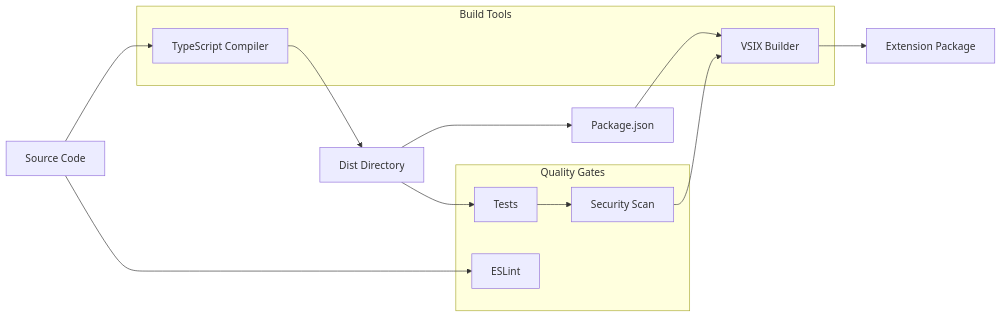
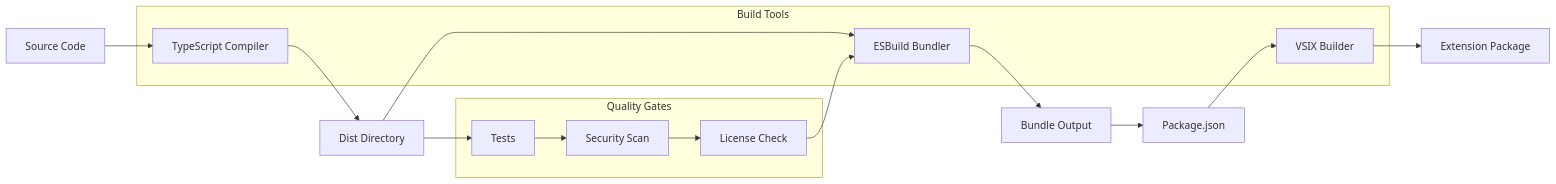
One commit to microsoft/ContextShare changed the tenth of 10 diagrams in SOFTWARE_ARCHITECTURE_SPECIFICATION.md. Above: the diagram before and after it, drawn with Mermaid. The commit also changed other lines of this file and 20 other files, not shown here.

````diff
--- a/SOFTWARE_ARCHITECTURE_SPECIFICATION.md
+++ b/SOFTWARE_ARCHITECTURE_SPECIFICATION.md
@@ -1103,24 +1263,27 @@
 ```mermaid
 graph LR
     SRC[Source Code] --> TSC[TypeScript Compiler]
     TSC --> DIST[Dist Directory]
-    DIST --> PKG[Package.json]
+    DIST --> ESB[ESBuild Bundler]
+    ESB --> BUNDLE[Bundle Output]
+    BUNDLE --> PKG[Package.json]
     PKG --> VSIX[VSIX Builder]
     VSIX --> ARTIFACT[Extension Package]
     
     subgraph "Build Tools"
         TSC
+        ESB
         VSIX
     end
     
     subgraph "Quality Gates"
-        LINT[ESLint]
         TEST[Tests]
         SEC[Security Scan]
+        LIC[License Check]
     end
     
-    SRC --> LINT
     DIST --> TEST
     TEST --> SEC
-    SEC --> VSIX
+    SEC --> LIC
+    LIC --> ESB
 ```
````
